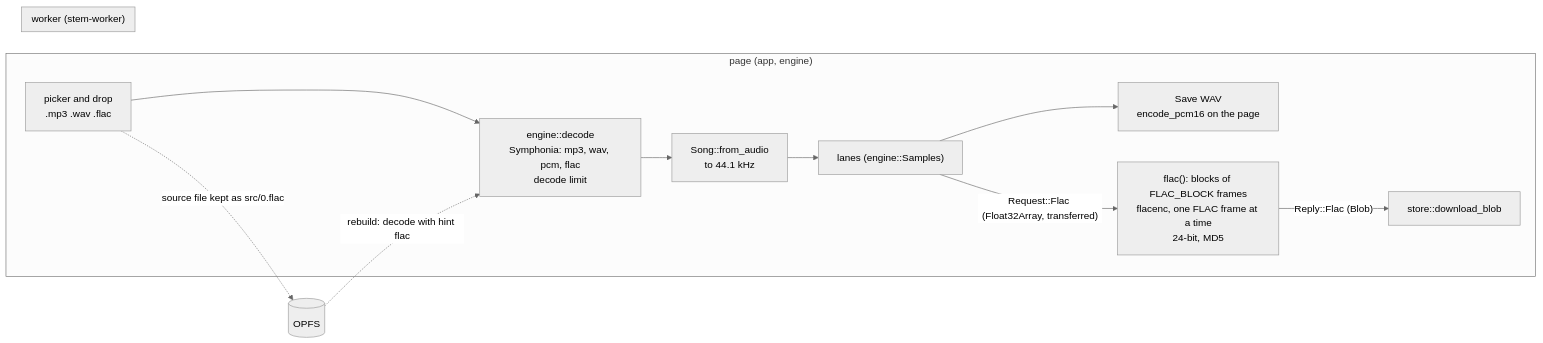
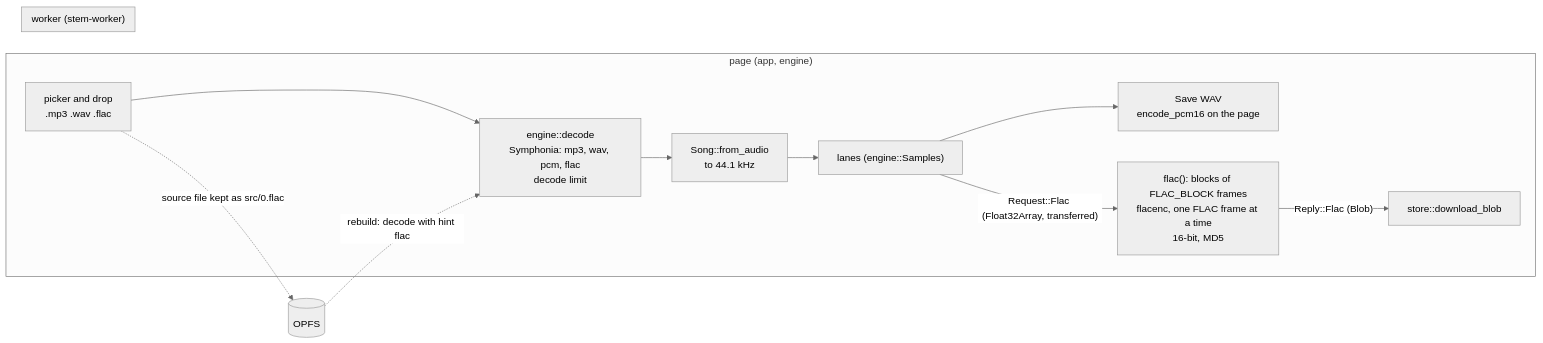
One commit to lloydmeta/stemyla changed the diagram in docs/plans/active/flac.md. Above: the diagram before and after it, drawn with Mermaid (neutral theme). The commit also changed other lines of this file and 9 other files, not shown here.

````diff
--- a/docs/plans/active/flac.md
+++ b/docs/plans/active/flac.md
@@ -32,16 +32,16 @@
 ```mermaid
 flowchart LR
   subgraph page["page (app, engine)"]
     PICK["picker and drop<br/>.mp3 .wav .flac"] --> DEC["engine::decode<br/>Symphonia: mp3, wav, pcm, flac<br/>decode limit"]
     DEC --> CONV["Song::from_audio<br/>to 44.1 kHz"]
     CONV --> LANES["lanes (engine::Samples)"]
     LANES --> WAV["Save WAV<br/>encode_pcm16 on the page"]
     LANES -- "Request::Flac (Float32Array, transferred)" --> W
     W -- "Reply::Flac (Blob)" --> DL["store::download_blob"]
   end
   subgraph worker["worker (stem-worker)"]
-    W["flac(): blocks of FLAC_BLOCK frames<br/>flacenc, one FLAC frame at a time<br/>24-bit, MD5"]
+    W["flac(): blocks of FLAC_BLOCK frames<br/>flacenc, one FLAC frame at a time<br/>16-bit, MD5"]
   end
   PICK -. "source file kept as src/0.flac" .-> OPFS[("OPFS")]
   OPFS -. "rebuild: decode with hint flac" .-> DEC
 ```
````
